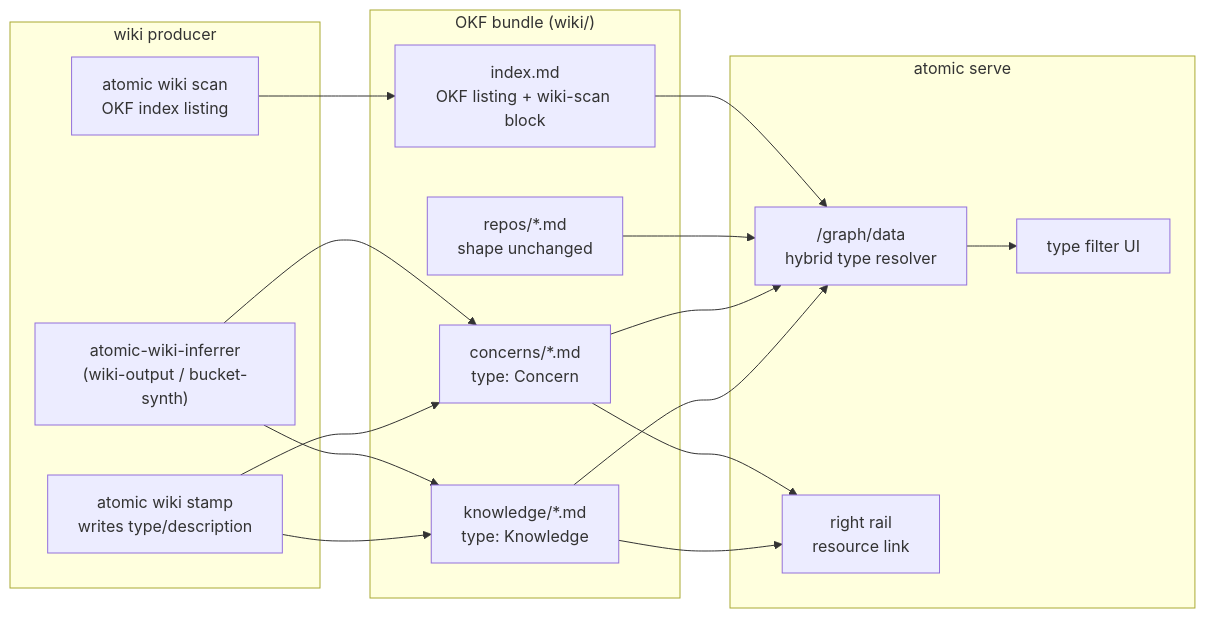
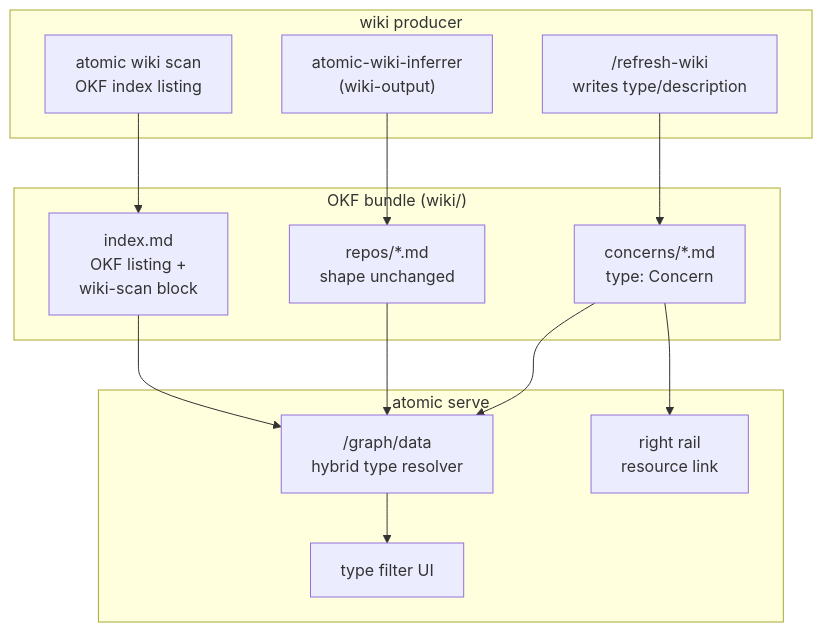
Before and after one commit to damusix/atomic-claude: the diagram in docs/design/okf-alignment.md, drawn with Mermaid. The commit also changed other lines of this file and 11 other files, not shown here.

````diff
--- a/docs/design/okf-alignment.md
+++ b/docs/design/okf-alignment.md
@@ -104,24 +103,23 @@
 ```mermaid
-flowchart LR
+flowchart TD
     subgraph producer["wiki producer"]
-        agent["atomic-wiki-inferrer<br/>(wiki-output / bucket-synth)"]
-        stamp["atomic wiki stamp<br/>writes type/description"]
+        agent["atomic-wiki-inferrer<br/>(wiki-output)"]
+        rw["/refresh-wiki<br/>writes type/description"]
         scan["atomic wiki scan<br/>OKF index listing"]
     end
     subgraph bundle["OKF bundle (wiki/)"]
-        idx["index.md<br/>OKF listing + wiki-scan block"]
+        idx["index.md<br/>OKF listing +<br/>wiki-scan block"]
         repos["repos/*.md<br/>shape unchanged"]
         concerns["concerns/*.md<br/>type: Concern"]
-        know["knowledge/*.md<br/>type: Knowledge"]
     end
     subgraph consumer["atomic serve"]
         gd["/graph/data<br/>hybrid type resolver"]
         rail["right rail<br/>resource link"]
         filt["type filter UI"]
     end
-    agent --> concerns & know
-    stamp --> concerns & know
+    agent --> repos
+    rw --> concerns
     scan --> idx
-    idx & repos & concerns & know --> gd --> filt
-    concerns & know --> rail
+    idx & repos & concerns --> gd --> filt
+    concerns --> rail
 ```
````
